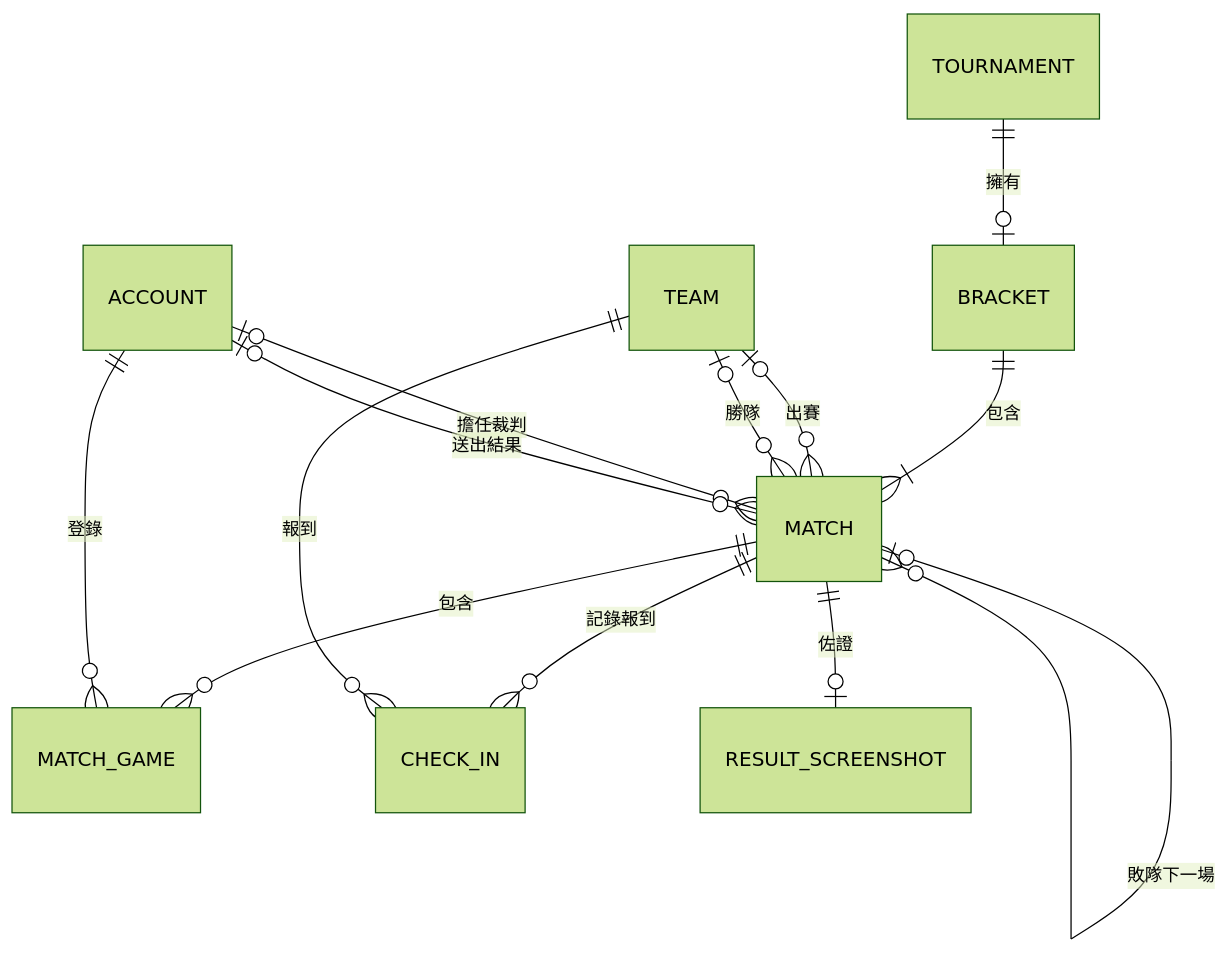
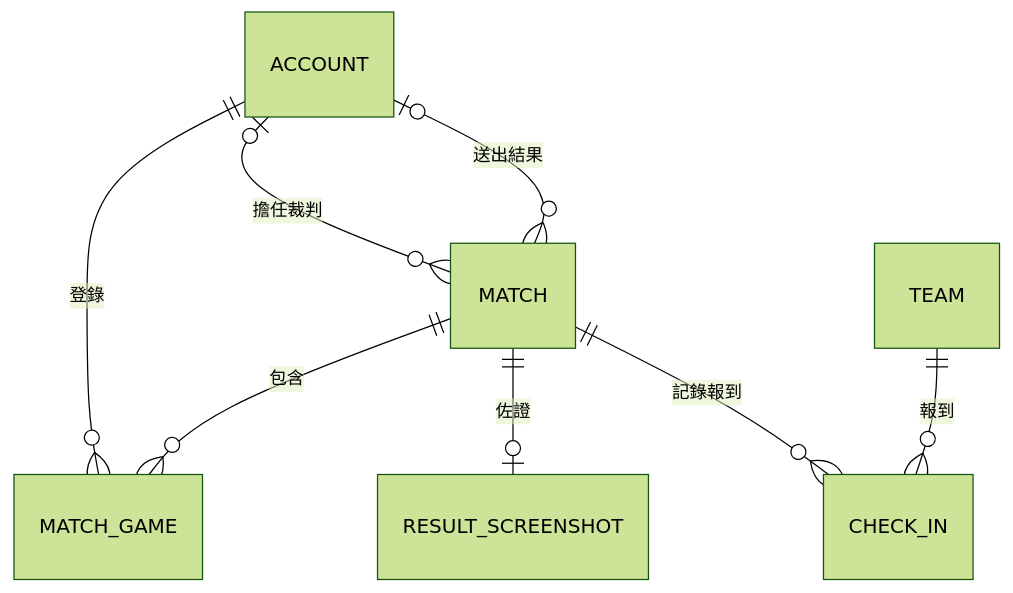
The ninth of 19 diagrams in docs/midterm/B-軟體需求分析文件.md (Team14good/esport-platform), drawn with Mermaid (forest theme) before and after one commit. The commit also changed other lines of this file and 11 other files, not shown here.

First line of the commit message:
docs: 簡化期中文件 B、C 的圖面 (#83)

````diff
--- a/docs/midterm/B-軟體需求分析文件.md
+++ b/docs/midterm/B-軟體需求分析文件.md
@@ -712,16 +726,10 @@
 ```mermaid
 erDiagram
-  TOURNAMENT ||--o| BRACKET : "擁有"
-  BRACKET ||--|{ MATCH : "包含"
-  TEAM |o--o{ MATCH : "出賽"
-  TEAM |o--o{ MATCH : "勝隊"
-  MATCH |o--o{ MATCH : "下一場"
-  MATCH |o--o{ MATCH : "敗隊下一場"
   ACCOUNT |o--o{ MATCH : "擔任裁判"
   ACCOUNT |o--o{ MATCH : "送出結果"
+  ACCOUNT ||--o{ MATCH_GAME : "登錄"
   MATCH ||--o{ MATCH_GAME : "包含"
-  ACCOUNT ||--o{ MATCH_GAME : "登錄"
+  MATCH ||--o| RESULT_SCREENSHOT : "佐證"
   MATCH ||--o{ CHECK_IN : "記錄報到"
   TEAM ||--o{ CHECK_IN : "報到"
-  MATCH ||--o| RESULT_SCREENSHOT : "佐證"
 ```
````
